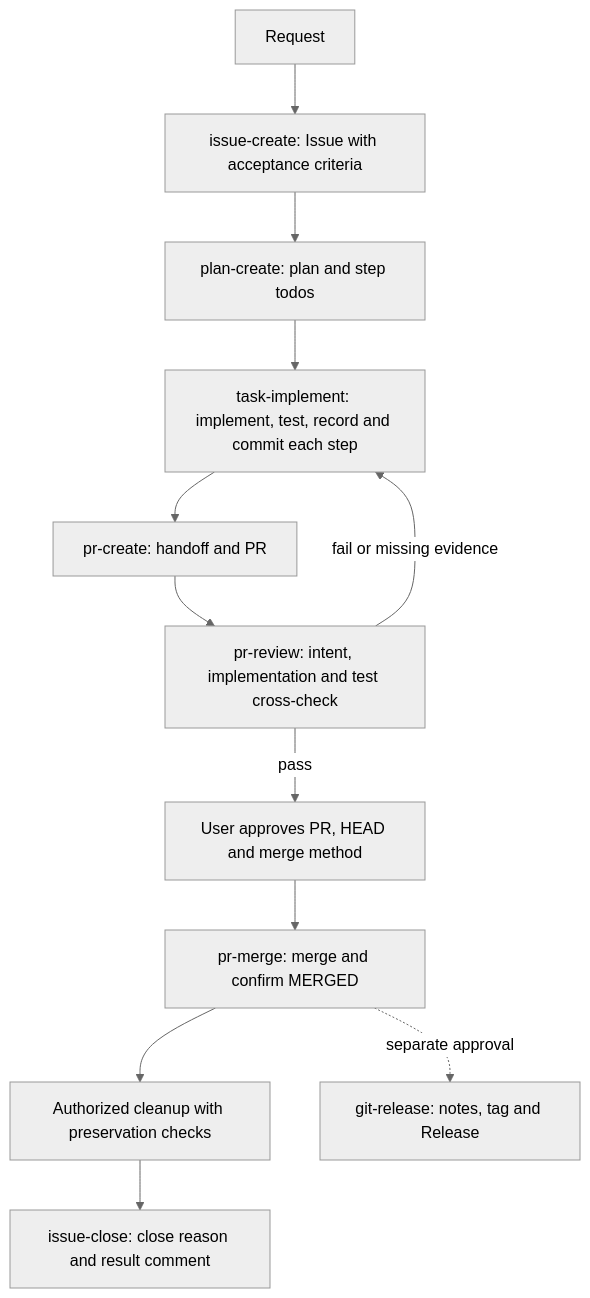
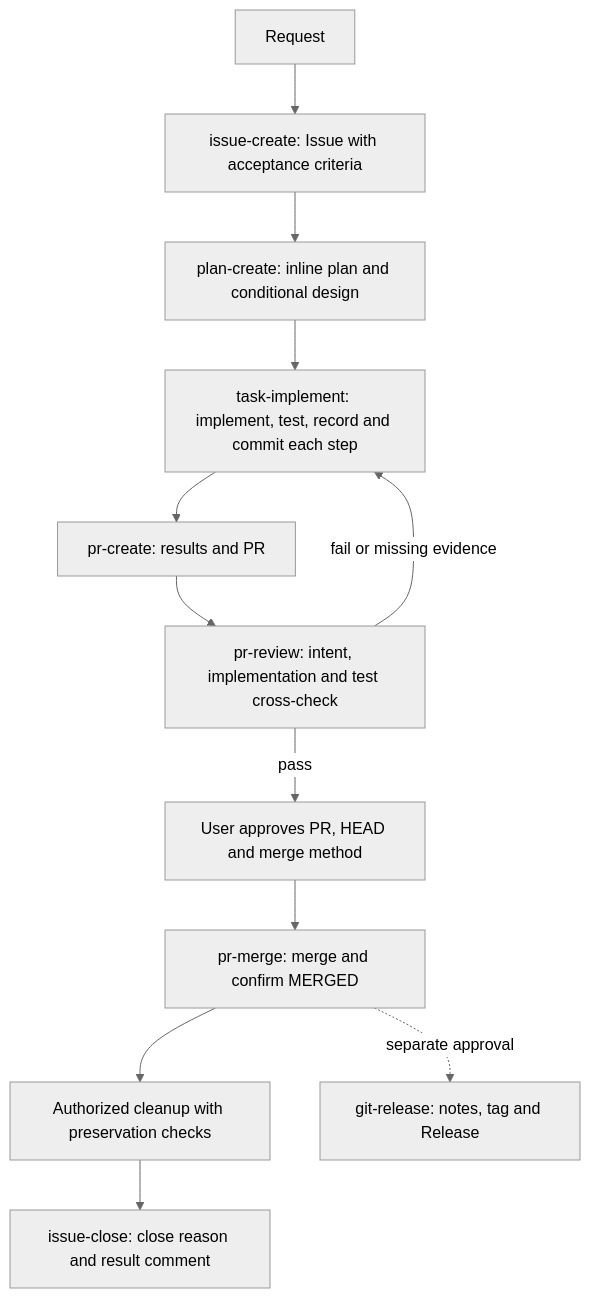
Before and after one commit to insung/git-workflow: the diagram in README.md, drawn with Mermaid (neutral theme). The commit also changed other lines of this file and 33 other files, not shown here.

First line of the commit message:
feat(plan-create): Issue 중심 계획과 조건부 작업 문서로 재설계

````diff
--- a/README.md
+++ b/README.md
@@ -40,14 +40,14 @@
 ```mermaid
 flowchart TD
     A[Request] --> B[issue-create: Issue with acceptance criteria]
-    B --> C[plan-create: plan and step todos]
+    B --> C[plan-create: inline plan and conditional design]
     C --> D[task-implement: implement, test, record and commit each step]
-    D --> E[pr-create: handoff and PR]
+    D --> E[pr-create: results and PR]
     E --> F[pr-review: intent, implementation and test cross-check]
     F -->|fail or missing evidence| D
     F -->|pass| G[User approves PR, HEAD and merge method]
     G --> H[pr-merge: merge and confirm MERGED]
     H --> J[Authorized cleanup with preservation checks]
     J --> K[issue-close: close reason and result comment]
     H -. separate approval .-> I[git-release: notes, tag and Release]
 ```
````
